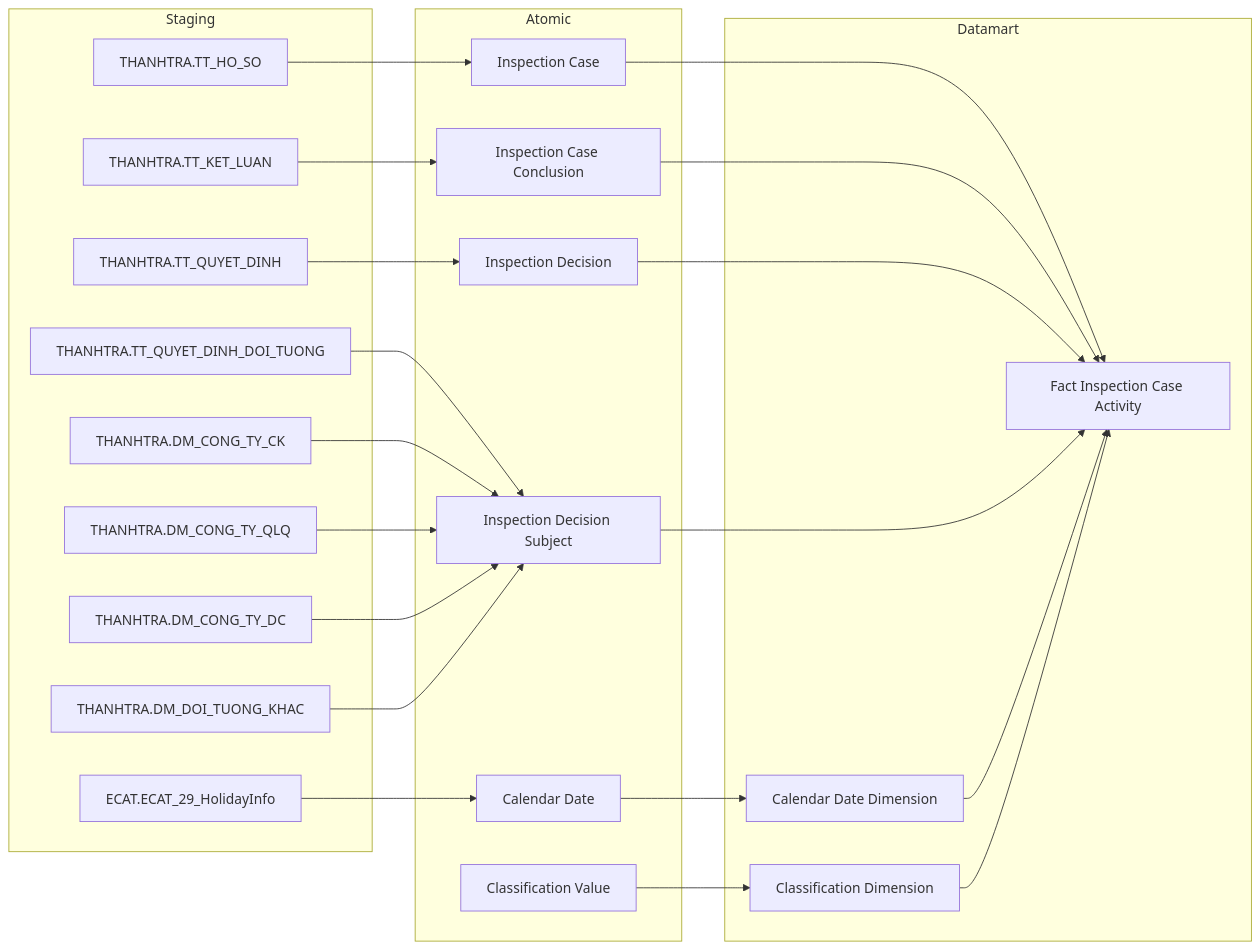
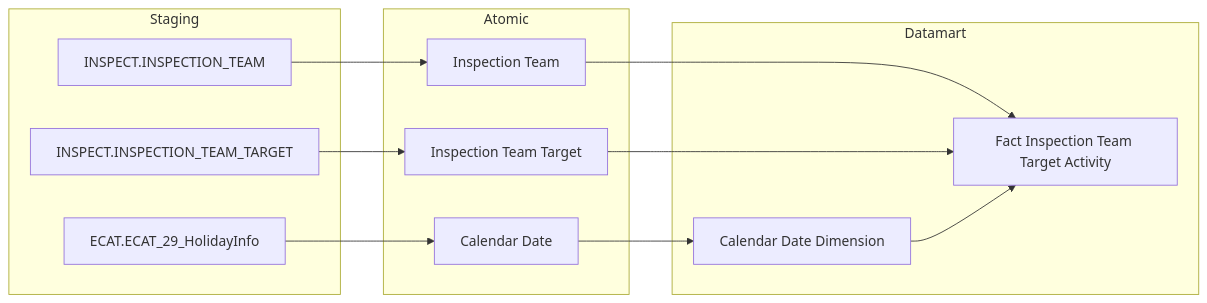
Before and after one commit to linhlvit/ubck_atomic_design: the third of 43 diagrams in Datamart/hld/DTM_TT_HLD.md, drawn with Mermaid. The commit also changed other lines of this file and 9 other files, not shown here.

````diff
--- a/Datamart/hld/DTM_TT_HLD.md
+++ b/Datamart/hld/DTM_TT_HLD.md
@@ -20,49 +102,29 @@
 ```mermaid
 flowchart LR
     subgraph SRC["Staging"]
-        S1["THANHTRA.TT_HO_SO"]
-        S2["THANHTRA.TT_KET_LUAN"]
-        S3["THANHTRA.TT_QUYET_DINH"]
-        S4["THANHTRA.TT_QUYET_DINH_DOI_TUONG"]
-        S5["THANHTRA.DM_CONG_TY_CK"]
-        S6["THANHTRA.DM_CONG_TY_QLQ"]
-        S7["THANHTRA.DM_CONG_TY_DC"]
-        S8["THANHTRA.DM_DOI_TUONG_KHAC"]
+        S1["INSPECT.INSPECTION_TEAM"]
+        S2["INSPECT.INSPECTION_TEAM_TARGET"]
         ECAT_HolidayInfo["ECAT.ECAT_29_HolidayInfo"]
     end
 
     subgraph SIL["Atomic"]
-        SV1["Inspection Case"]
-        SV2["Inspection Case Conclusion"]
-        SV3["Inspection Decision"]
-        SV4["Inspection Decision Subject"]
+        SV1["Inspection Team"]
+        SV2["Inspection Team Target"]
         Calendar_Date["Calendar Date"]
-        Classification_Value["Classification Value"]
     end
 
     subgraph GOLD["Datamart"]
-        G1["Fact Inspection Case Activity"]
+        G1["Fact Inspection Team Target Activity"]
         G2["Calendar Date Dimension"]
-        G3["Classification Dimension"]
     end
 
     S1 --> SV1
     S2 --> SV2
-    S3 --> SV3
-    S4 --> SV4
-    S5 --> SV4
-    S6 --> SV4
-    S7 --> SV4
-    S8 --> SV4
     ECAT_HolidayInfo --> Calendar_Date
 
     SV1 --> G1
     SV2 --> G1
-    SV3 --> G1
-    SV4 --> G1
 
     Calendar_Date --> G2
-    Classification_Value --> G3
     G2 --> G1
-    G3 --> G1
 ```
````
